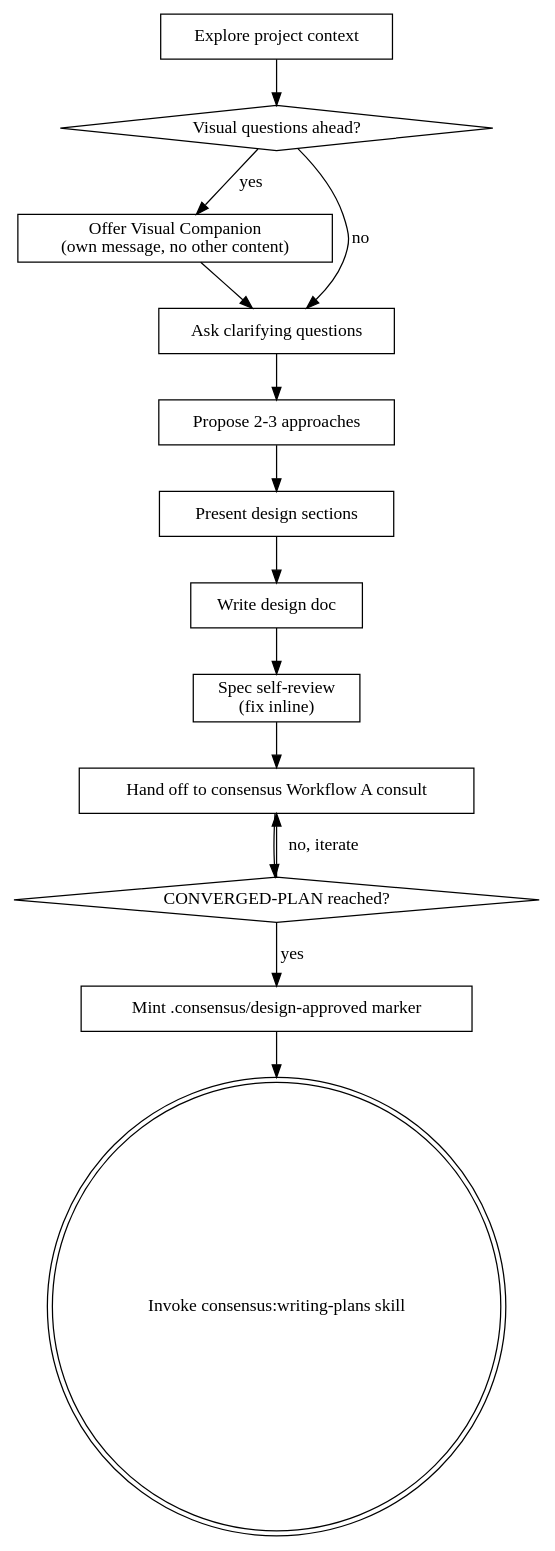
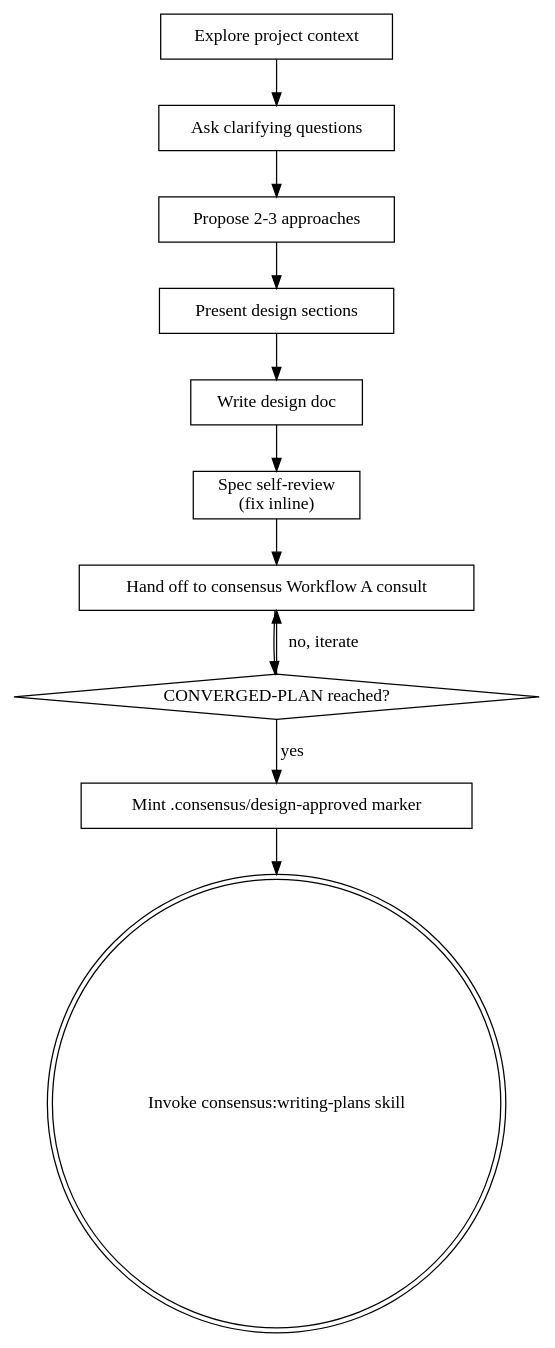
Before and after one commit to StGarca/consensus-mcp: the diagram in consensus_mcp/claude_extensions/skills/consensus-brainstorming/SKILL.md, drawn with Graphviz. The commit also changed other lines of this file and 9 other files, not shown here.

````diff
--- a/consensus_mcp/claude_extensions/skills/consensus-brainstorming/SKILL.md
+++ b/consensus_mcp/claude_extensions/skills/consensus-brainstorming/SKILL.md
@@ -39,30 +38,25 @@
 ```dot
 digraph brainstorming {
     "Explore project context" [shape=box];
-    "Visual questions ahead?" [shape=diamond];
-    "Offer Visual Companion\n(own message, no other content)" [shape=box];
     "Ask clarifying questions" [shape=box];
     "Propose 2-3 approaches" [shape=box];
     "Present design sections" [shape=box];
     "Write design doc" [shape=box];
     "Spec self-review\n(fix inline)" [shape=box];
     "Hand off to consensus Workflow A consult" [shape=box];
     "CONVERGED-PLAN reached?" [shape=diamond];
     "Mint .consensus/design-approved marker" [shape=box];
     "Invoke consensus:writing-plans skill" [shape=doublecircle];
 
-    "Explore project context" -> "Visual questions ahead?";
-    "Visual questions ahead?" -> "Offer Visual Companion\n(own message, no other content)" [label="yes"];
-    "Visual questions ahead?" -> "Ask clarifying questions" [label="no"];
-    "Offer Visual Companion\n(own message, no other content)" -> "Ask clarifying questions";
+    "Explore project context" -> "Ask clarifying questions";
     "Ask clarifying questions" -> "Propose 2-3 approaches";
     "Propose 2-3 approaches" -> "Present design sections";
     "Present design sections" -> "Write design doc";
     "Write design doc" -> "Spec self-review\n(fix inline)";
     "Spec self-review\n(fix inline)" -> "Hand off to consensus Workflow A consult";
     "Hand off to consensus Workflow A consult" -> "CONVERGED-PLAN reached?";
     "CONVERGED-PLAN reached?" -> "Hand off to consensus Workflow A consult" [label="no, iterate"];
     "CONVERGED-PLAN reached?" -> "Mint .consensus/design-approved marker" [label="yes"];
     "Mint .consensus/design-approved marker" -> "Invoke consensus:writing-plans skill";
 }
 ```
````
